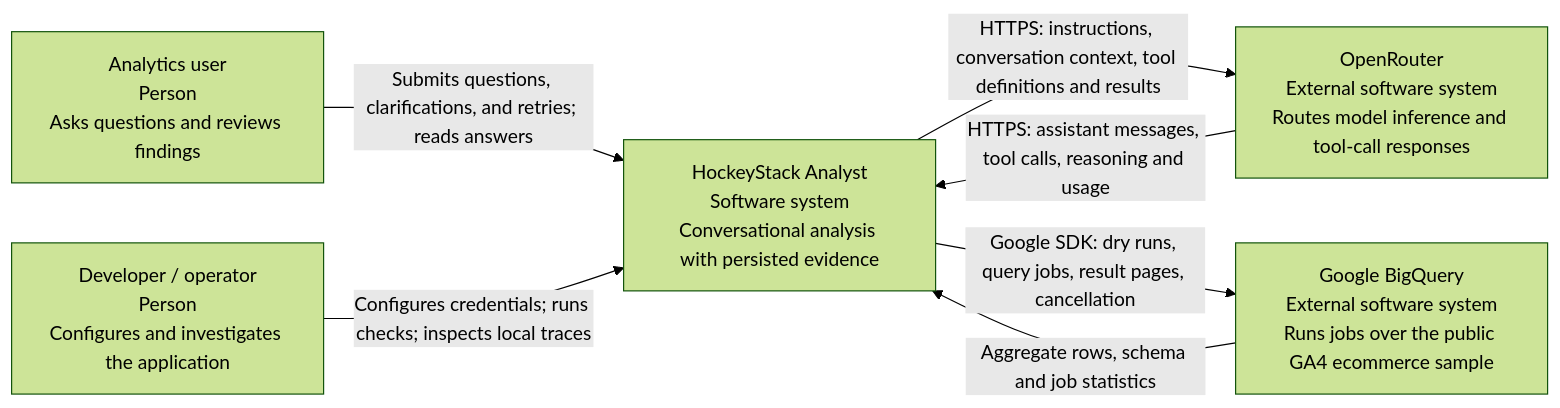
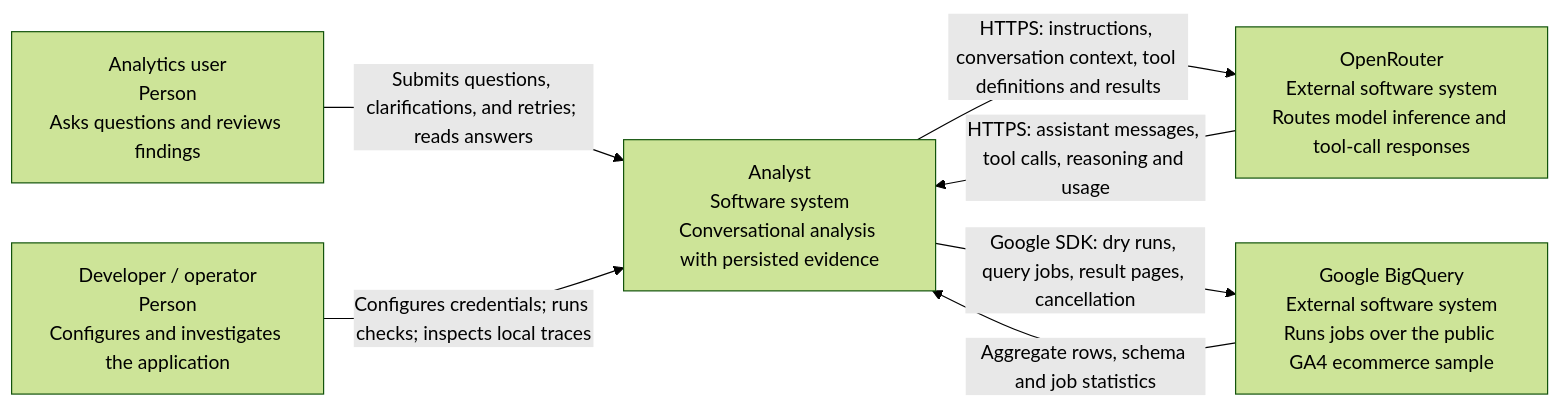
The diagram in docs/architecture/01-system-context.md (kubasienki/aiAnalyst), drawn with Mermaid (forest theme) before and after one commit. The commit also changed other lines of this file and 18 other files, not shown here.

````diff
--- a/docs/architecture/01-system-context.md
+++ b/docs/architecture/01-system-context.md
@@ -5,14 +5,14 @@
 ```mermaid
 flowchart LR
     user["Analytics user\nPerson\nAsks questions and reviews findings"]
     operator["Developer / operator\nPerson\nConfigures and investigates the application"]
-    analyst["HockeyStack Analyst\nSoftware system\nConversational analysis with persisted evidence"]
+    analyst["Analyst\nSoftware system\nConversational analysis with persisted evidence"]
     router["OpenRouter\nExternal software system\nRoutes model inference and tool-call responses"]
     warehouse["Google BigQuery\nExternal software system\nRuns jobs over the public GA4 ecommerce sample"]
     user -->|"Submits questions, clarifications, and retries; reads answers"| analyst
     operator -->|"Configures credentials; runs checks; inspects local traces"| analyst
     analyst -->|"HTTPS: instructions, conversation context, tool definitions and results"| router
     router -->|"HTTPS: assistant messages, tool calls, reasoning and usage"| analyst
     analyst -->|"Google SDK: dry runs, query jobs, result pages, cancellation"| warehouse
     warehouse -->|"Aggregate rows, schema and job statistics"| analyst
 ```
````
